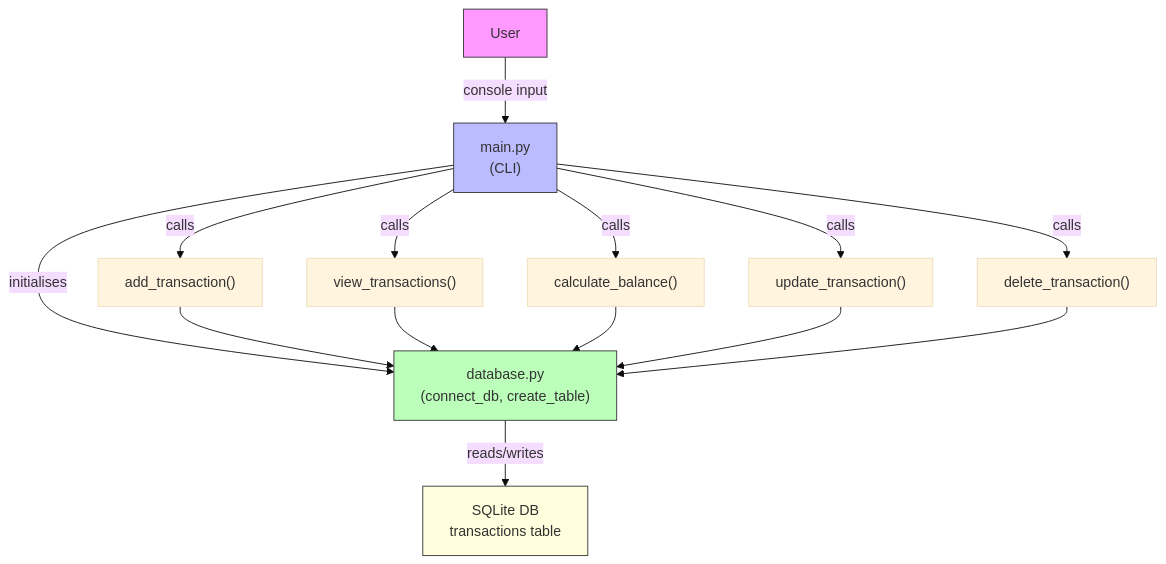
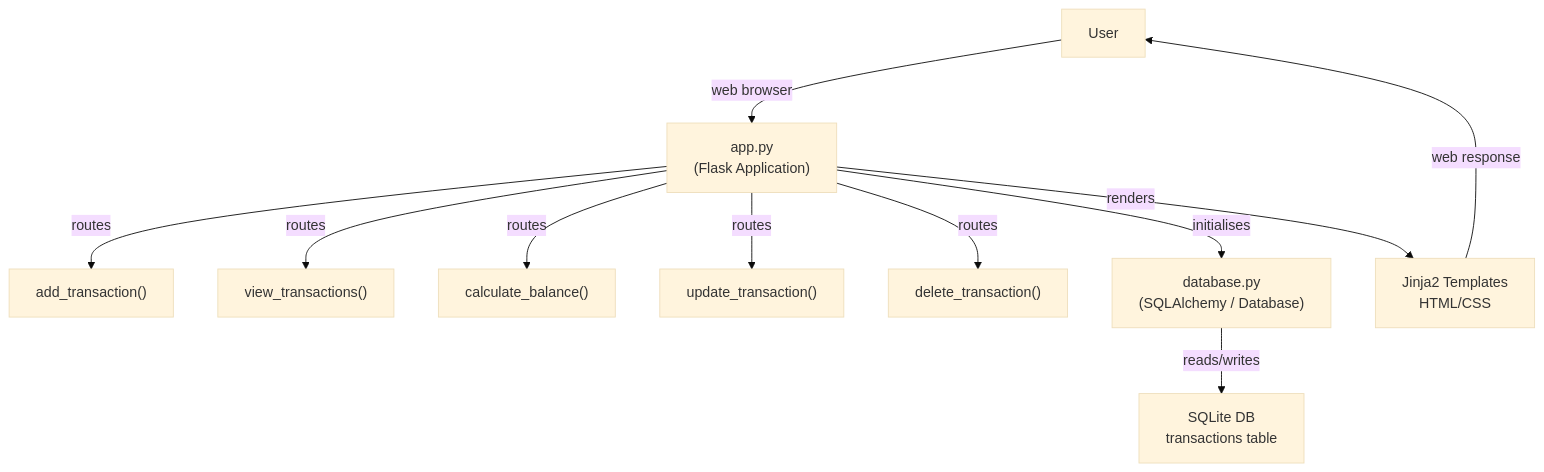
One commit to GeetikaVishwakarma/Personal-Expense-Finance-Tracker changed the diagram in PROJECT_DOCUMENTATION.md. Above: the diagram before and after it, drawn with Mermaid (base theme). The commit also changed other lines of this file, not shown here.

````diff
--- a/PROJECT_DOCUMENTATION.md
+++ b/PROJECT_DOCUMENTATION.md
@@ -9,20 +133,13 @@
 ```mermaid
 flowchart TD
-  User[User] -->|console input| Main["main.py\n(CLI)"]
-  Main -->|calls| Add["add_transaction()"]
-  Main -->|calls| View["view_transactions()"]
-  Main -->|calls| Calc["calculate_balance()"]
-  Main -->|calls| Update["update_transaction()"]
-  Main -->|calls| Delete["delete_transaction()"]
-  Main -->|initialises| DBModule["database.py\n(connect_db, create_table)"]
-  Add --> DBModule
-  View --> DBModule
-  Calc --> DBModule
-  Update --> DBModule
-  Delete --> DBModule
-  DBModule -->|reads/writes| SQLiteDB["SQLite DB\ntransactions table"]
-  style User fill:#f9f,stroke:#333,stroke-width:1px
-  style Main fill:#bbf,stroke:#333,stroke-width:1px
-  style DBModule fill:#bfb,stroke:#333,stroke-width:1px
-  style SQLiteDB fill:#ffd,stroke:#333,stroke-width:1px
+	User[User] -->|web browser| Main["app.py\n(Flask Application)"]
+	Main -->|routes| Add["add_transaction()"]
+	Main -->|routes| View["view_transactions()"]
+	Main -->|routes| Calc["calculate_balance()"]
+	Main -->|routes| Update["update_transaction()"]
+	Main -->|routes| Delete["delete_transaction()"]
+	Main -->|initialises| DBModule["database.py\n(SQLAlchemy / Database)"]
+	DBModule -->|reads/writes| SQLiteDB["SQLite DB\ntransactions table"]
+	Main -->|renders| Templates["Jinja2 Templates\nHTML/CSS"]
+	Templates -->|web response| User
 ```
````
